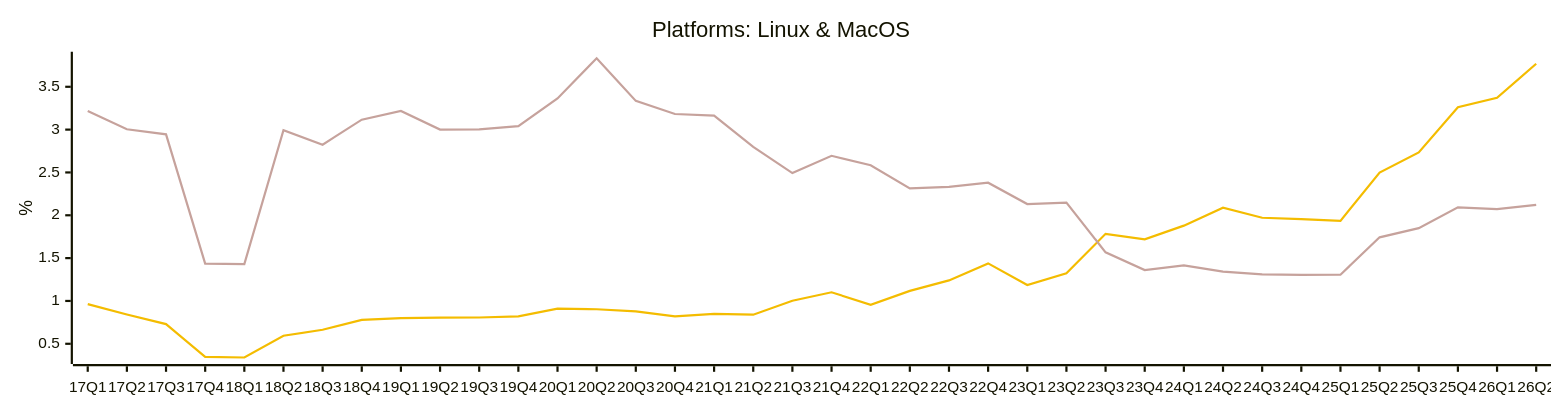
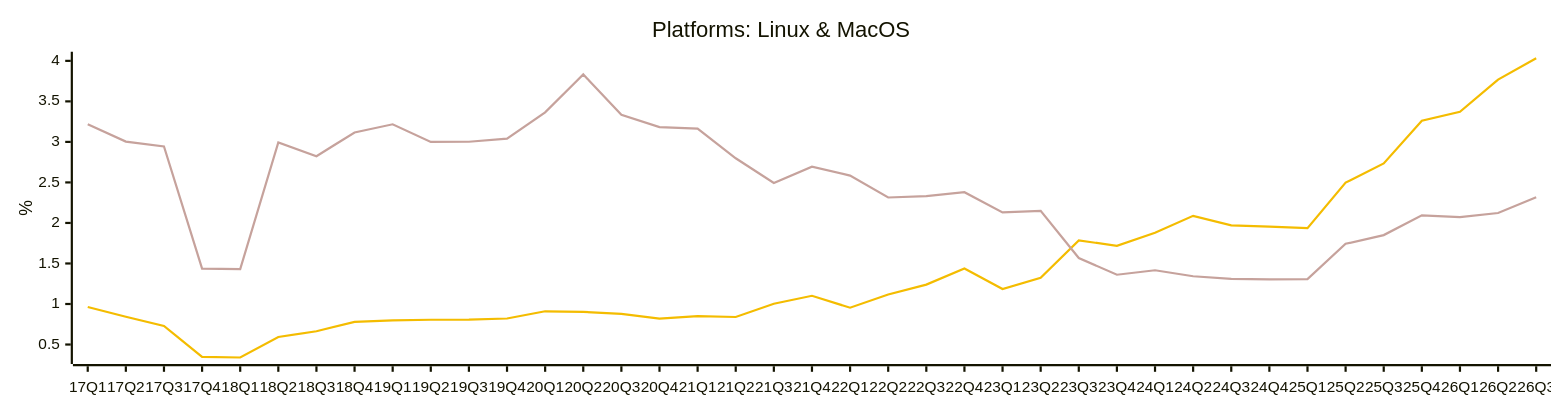
One commit to jdegene/steamHWsurvey changed diagram 14 of 31 in README.md. Above: the diagram before and after it, drawn with Mermaid. The commit also changed other lines of this file and 2 other files, not shown here.

````diff
--- a/README.md
+++ b/README.md
@@ -476,20 +476,20 @@
 ```mermaid
 ---
 config:
     xyChart:
         width: 1400
         height: 350
         
     themeVariables:
         xyChart:
             plotColorPalette: "#F4BC00,#c6a29c"
 
 --- 
 
 xychart-beta
     title "Platforms: Linux & MacOS"
-    x-axis [17Q1, 17Q2, 17Q3, 17Q4, 18Q1, 18Q2, 18Q3, 18Q4, 19Q1, 19Q2, 19Q3, 19Q4, 20Q1, 20Q2, 20Q3, 20Q4, 21Q1, 21Q2, 21Q3, 21Q4, 22Q1, 22Q2, 22Q3, 22Q4, 23Q1, 23Q2, 23Q3, 23Q4, 24Q1, 24Q2, 24Q3, 24Q4, 25Q1, 25Q2, 25Q3, 25Q4, 26Q1, 26Q2]
+    x-axis [17Q1, 17Q2, 17Q3, 17Q4, 18Q1, 18Q2, 18Q3, 18Q4, 19Q1, 19Q2, 19Q3, 19Q4, 20Q1, 20Q2, 20Q3, 20Q4, 21Q1, 21Q2, 21Q3, 21Q4, 22Q1, 22Q2, 22Q3, 22Q4, 23Q1, 23Q2, 23Q3, 23Q4, 24Q1, 24Q2, 24Q3, 24Q4, 25Q1, 25Q2, 25Q3, 25Q4, 26Q1, 26Q2, 26Q3]
     y-axis "%" 
-    line [0.9629629629629629, 0.8423321167084589, 0.7295250063832225, 0.34668011817717975, 0.3398441306938039, 0.593525424245181, 0.6635581054241466, 0.7792481571540832, 0.7990978622832221, 0.8058119058824723, 0.8067585706598314, 0.8207457332870973, 0.9099957124504154, 0.9030286917823623, 0.8788043122276098, 0.8207647312985304, 0.849437247823317, 0.8395141763634049, 1.0026071423190688, 1.101331564818539, 0.9541877779899417, 1.1169806037716354, 1.239522611427655, 1.4385604115105164, 1.1853985164006193, 1.322420043350276, 1.7838913196090922, 1.7184094503474305, 1.8789606726989223, 2.0875864781679585, 1.9709605011684648, 1.9549152742872884, 1.9352274566892893, 2.497657992915939, 2.734377001977596, 3.2605972734749153, 3.3708209433303082, 3.7688624134739492]
-    line [3.216630196936543, 3.004129474095911, 2.9447565259599298, 1.435682107395198, 1.430910150994627, 2.9938298498795453, 2.823870594502083, 3.1158821949711433, 3.217267240929559, 3.0001411831144997, 3.002216244907254, 3.0405102865071676, 3.364364205649554, 3.832442067736185, 3.3352458205559405, 3.181915313214408, 3.1630112200550875, 2.7983351630961177, 2.49275301274799, 2.6943252265140676, 2.583985782083982, 2.313946216385241, 2.331434627102927, 2.379708991408111, 2.1308509808416556, 2.1483948101606822, 1.5676751098470096, 1.361030106909568, 1.4162036189390939, 1.3421722666974256, 1.3103909436762908, 1.3046685143432795, 1.30661898329446, 1.7428606096422532, 1.850120918737636, 2.0933264346933806, 2.071167671088301, 2.122520025362987]
+    line [0.9629629629629629, 0.8423321167084589, 0.7295250063832225, 0.34668011817717975, 0.3398441306938039, 0.593525424245181, 0.6635581054241466, 0.7792481571540832, 0.7990978622832221, 0.8058119058824723, 0.8067585706598314, 0.8207457332870973, 0.9099957124504154, 0.9030286917823621, 0.8788043122276096, 0.8207647312985304, 0.849437247823317, 0.8395141763634049, 1.0026071423190688, 1.101331564818539, 0.9541877779899417, 1.1169806037716354, 1.239522611427655, 1.4385604115105164, 1.1853985164006193, 1.322420043350276, 1.7838913196090922, 1.7184094503474305, 1.8789606726989223, 2.0875864781679585, 1.9709605011684648, 1.9549152742872884, 1.9352274566892893, 2.4976579929159386, 2.734377001977596, 3.2605972734749162, 3.3708209433303082, 3.7688624134739492, 4.031602184268608]
+    line [3.216630196936543, 3.004129474095911, 2.9447565259599298, 1.435682107395198, 1.430910150994627, 2.9938298498795453, 2.823870594502083, 3.1158821949711433, 3.217267240929559, 3.0001411831144997, 3.002216244907254, 3.0405102865071676, 3.364364205649554, 3.832442067736185, 3.3352458205559405, 3.181915313214408, 3.1630112200550875, 2.7983351630961177, 2.49275301274799, 2.6943252265140676, 2.583985782083982, 2.313946216385241, 2.331434627102927, 2.379708991408111, 2.1308509808416556, 2.1483948101606822, 1.5676751098470096, 1.361030106909568, 1.4162036189390939, 1.3421722666974256, 1.3103909436762908, 1.3046685143432795, 1.30661898329446, 1.7428606096422532, 1.850120918737636, 2.0933264346933806, 2.071167671088301, 2.122520025362987, 2.316439702372597]
 ``` 
````
